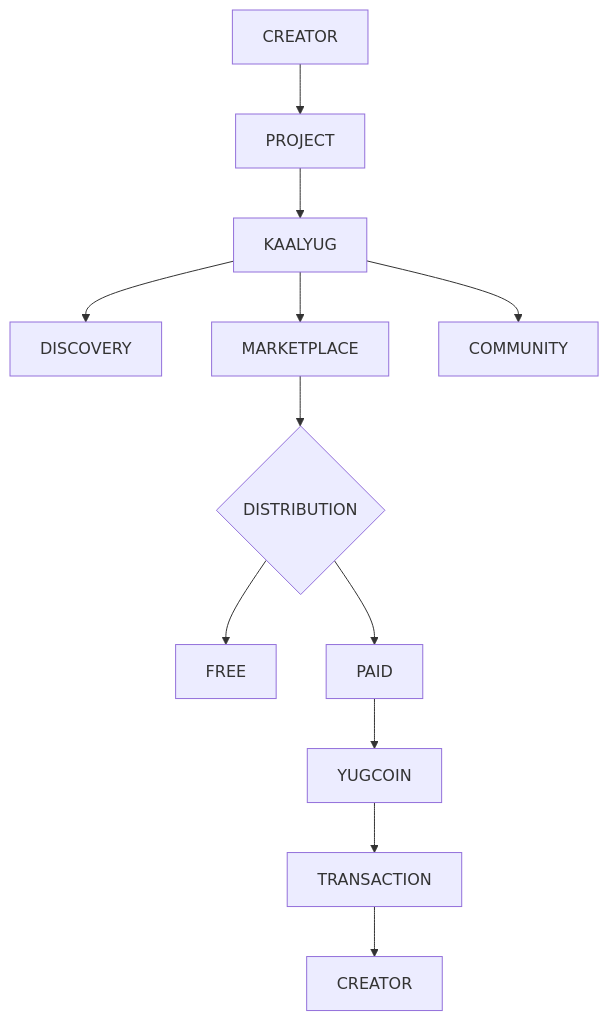
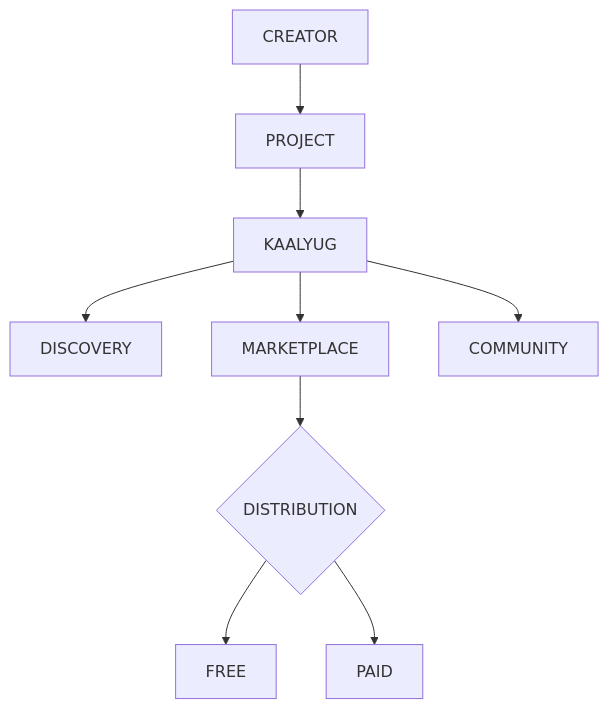
Before and after one commit to drj7zz/kaalyug: the first of 8 diagrams in README.md, drawn with Mermaid. The commit also changed other lines of this file and 40 other files, not shown here.

````diff
--- a/README.md
+++ b/README.md
@@ -59,14 +57,11 @@
 ```mermaid
 flowchart TD
     A[CREATOR] --> B[PROJECT]
     B --> C[KAALYUG]
     C --> D[DISCOVERY]
     C --> E[MARKETPLACE]
     C --> F[COMMUNITY]
     E --> G{DISTRIBUTION}
     G --> H[FREE]
     G --> I[PAID]
-    I --> J[YUGCOIN]
-    J --> K[TRANSACTION]
-    K --> L[CREATOR]
 ```
````
